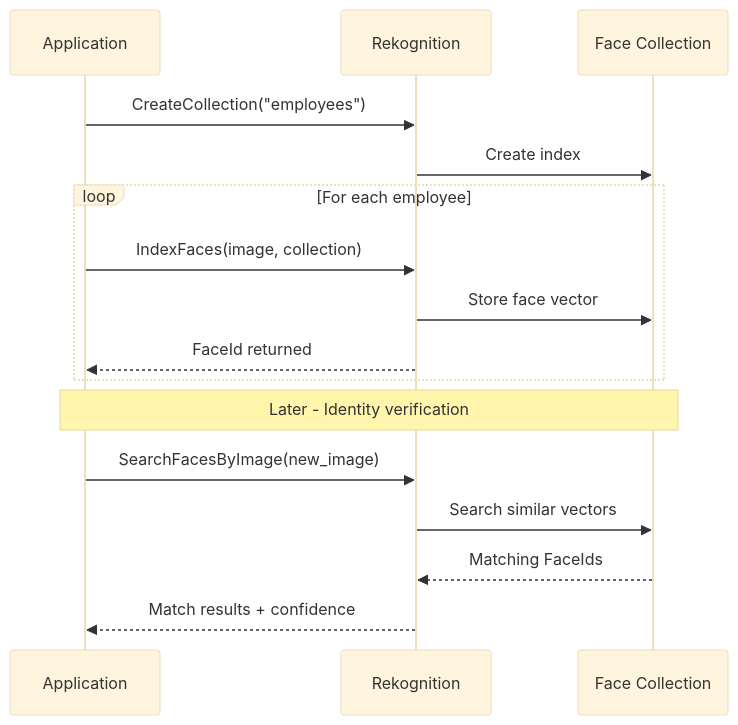
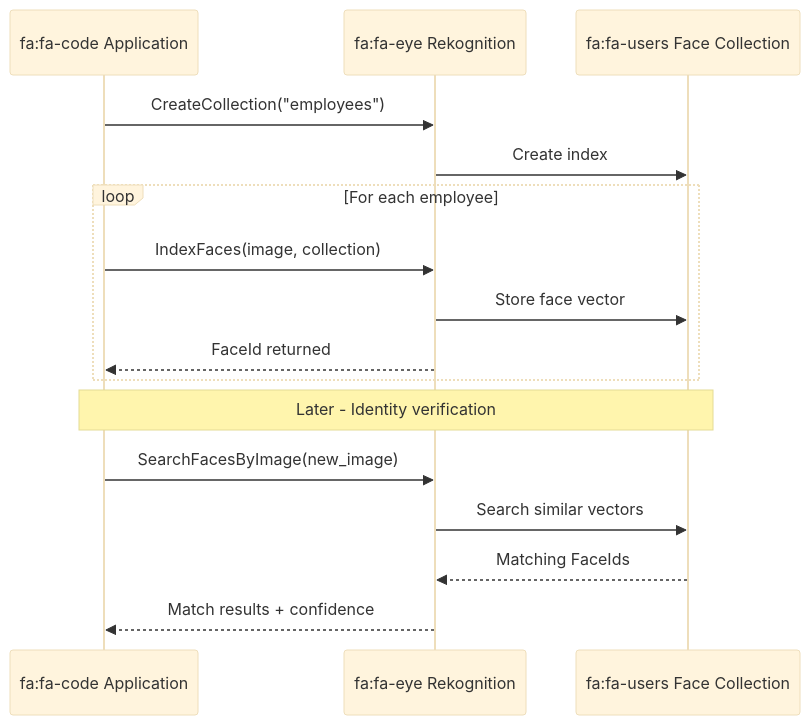
One commit to vinu76jsr/aws-sample-projects changed the second of 3 diagrams in aws-ml-associate-prep/10-rekognition-app/LAB.md. Above: the diagram before and after it, drawn with Mermaid (base theme). The commit also changed other lines of this file and 15 other files, not shown here.

First line of the commit message:
Add Font Awesome icons to all Mermaid diagrams

````diff
--- a/aws-ml-associate-prep/10-rekognition-app/LAB.md
+++ b/aws-ml-associate-prep/10-rekognition-app/LAB.md
@@ -54,22 +54,22 @@
 ```mermaid
 sequenceDiagram
-    participant App as Application
-    participant Rek as Rekognition
-    participant Col as Face Collection
+    participant App as fa:fa-code Application
+    participant Rek as fa:fa-eye Rekognition
+    participant Col as fa:fa-users Face Collection
 
     App->>Rek: CreateCollection("employees")
     Rek->>Col: Create index
 
     loop For each employee
         App->>Rek: IndexFaces(image, collection)
         Rek->>Col: Store face vector
         Rek-->>App: FaceId returned
     end
 
     Note over App,Col: Later - Identity verification
 
     App->>Rek: SearchFacesByImage(new_image)
     Rek->>Col: Search similar vectors
     Col-->>Rek: Matching FaceIds
     Rek-->>App: Match results + confidence
 ```
````
